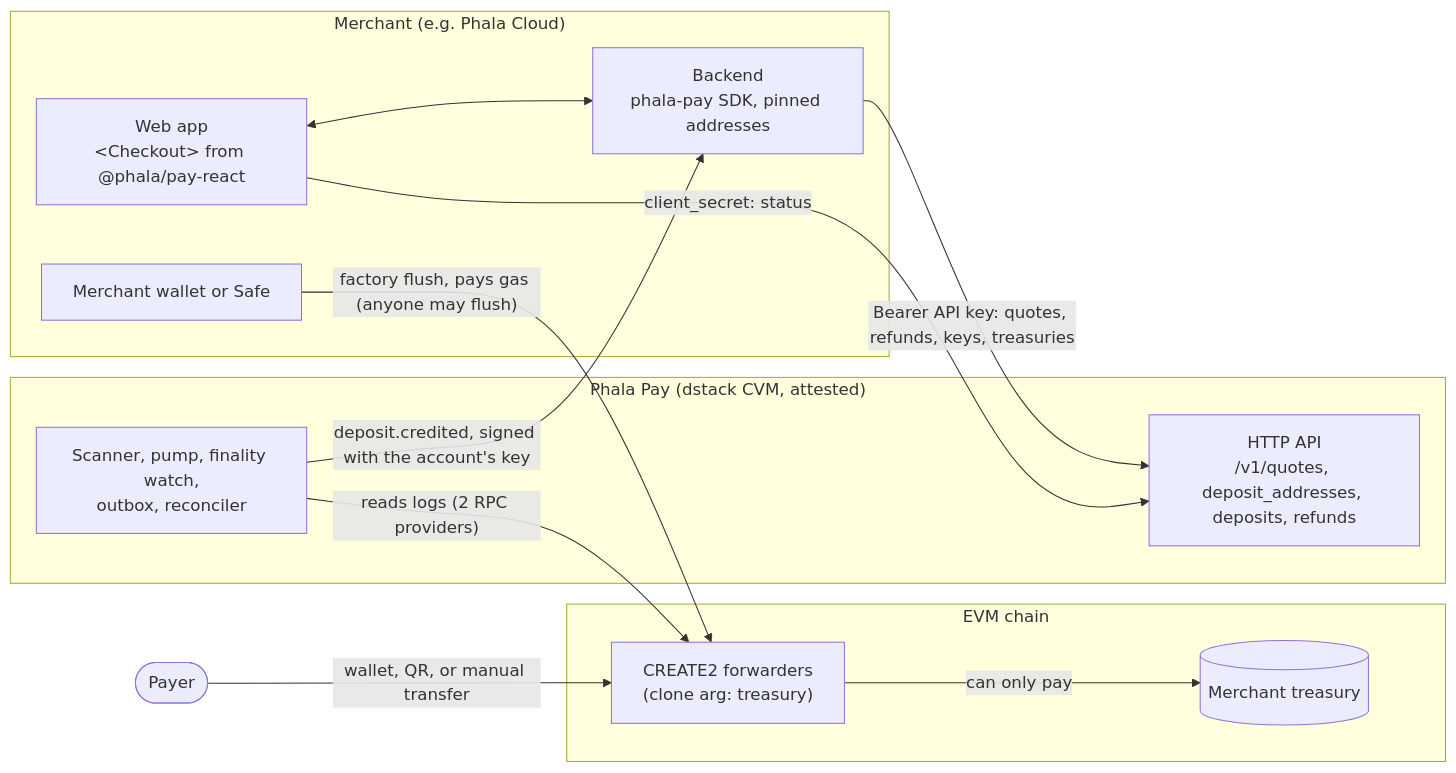
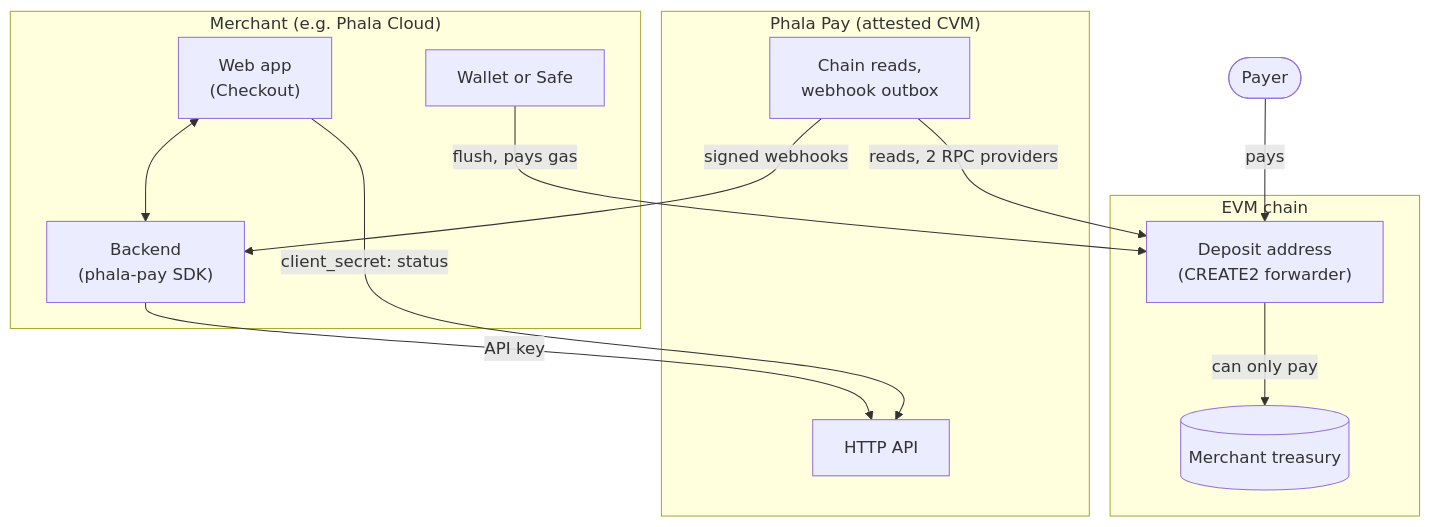
The diagram in docs/overview.md (Phala-Network/phala-pay), drawn with Mermaid before and after one commit. The commit also changed 10 other files, not shown here.

First line of the commit message:
fix(site): legible diagrams, and plain text that wraps

````diff
--- a/docs/overview.md
+++ b/docs/overview.md
@@ -55,25 +55,25 @@
 ```mermaid
-flowchart LR
+flowchart TB
     payer(["Payer"])
     subgraph merchant["Merchant (e.g. Phala Cloud)"]
-        ui["Web app<br/>&lt;Checkout&gt; from @phala/pay-react"]
-        backend["Backend<br/>phala-pay SDK, pinned addresses"]
-        wallet["Merchant wallet or Safe"]
+        ui["Web app<br/>(Checkout)"]
+        backend["Backend<br/>(phala-pay SDK)"]
+        wallet["Wallet or Safe"]
     end
-    subgraph cvm["Phala Pay (dstack CVM, attested)"]
-        api["HTTP API<br/>/v1/quotes, deposit_addresses, deposits, refunds"]
-        worker["Scanner, pump, finality watch,<br/>outbox, reconciler"]
+    subgraph cvm["Phala Pay (attested CVM)"]
+        api["HTTP API"]
+        worker["Chain reads,<br/>webhook outbox"]
     end
     subgraph chain["EVM chain"]
-        fwd["CREATE2 forwarders<br/>(clone arg: treasury)"]
+        fwd["Deposit address<br/>(CREATE2 forwarder)"]
         treasury[("Merchant treasury")]
     end
-    payer -->|"wallet, QR, or manual transfer"| fwd
+    payer -->|"pays"| fwd
     ui -->|"client_secret: status"| api
     ui <--> backend
-    backend -->|"Bearer API key: quotes, refunds, keys, treasuries"| api
-    worker -->|"deposit.credited, signed with the account's key"| backend
-    worker -->|"reads logs (2 RPC providers)"| fwd
-    wallet -->|"factory flush, pays gas (anyone may flush)"| fwd
+    backend -->|"API key"| api
+    worker -->|"signed webhooks"| backend
+    worker -->|"reads, 2 RPC providers"| fwd
+    wallet -->|"flush, pays gas"| fwd
     fwd -->|"can only pay"| treasury
 ```
````
